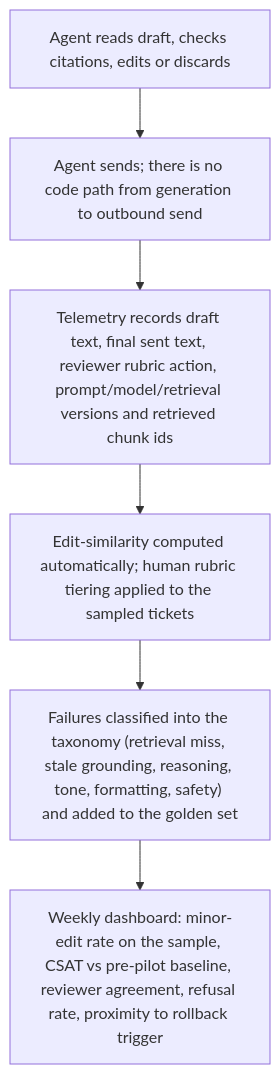
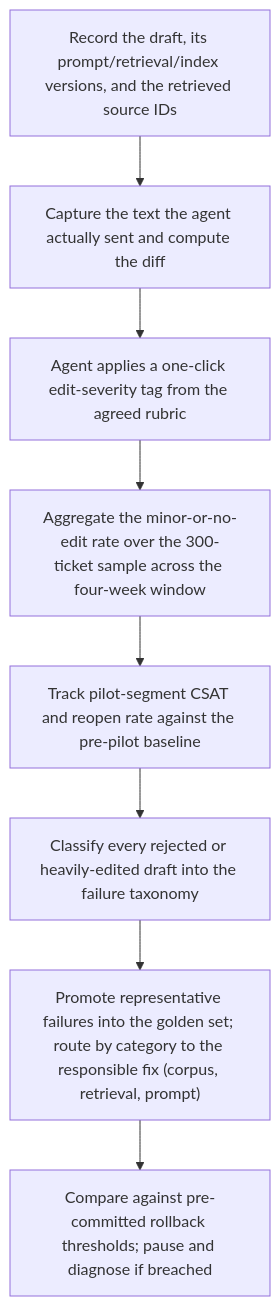
The third of 4 diagrams in docs/samples/support-ticket-deflection.md (shanelabountyai/use-case-studio), drawn with Mermaid before and after one commit. The commit also changed other lines of this file and 3 other files, not shown here.

````diff
--- a/docs/samples/support-ticket-deflection.md
+++ b/docs/samples/support-ticket-deflection.md
@@ -117,14 +123,18 @@
 ```mermaid
 flowchart TD
-  n2_0["Agent reads draft, checks citations, edits or discards"]
-  n2_1["Agent sends; there is no code path from generation to outbound send"]
-  n2_2["Telemetry records draft text, final sent text, reviewer rubric action, prompt/model/retrieval versions and retrieved chunk ids"]
-  n2_3["Edit-similarity computed automatically; human rubric tiering applied to the sampled tickets"]
-  n2_4["Failures classified into the taxonomy (retrieval miss, stale grounding, reasoning, tone, formatting, safety) and added to the golden set"]
-  n2_5["Weekly dashboard: minor-edit rate on the sample, CSAT vs pre-pilot baseline, reviewer agreement, refusal rate, proximity to rollback trigger"]
+  n2_0["Record the draft, its prompt/retrieval/index versions, and the retrieved source IDs"]
+  n2_1["Capture the text the agent actually sent and compute the diff"]
+  n2_2["Agent applies a one-click edit-severity tag from the agreed rubric"]
+  n2_3["Aggregate the minor-or-no-edit rate over the 300-ticket sample across the four-week window"]
+  n2_4["Track pilot-segment CSAT and reopen rate against the pre-pilot baseline"]
+  n2_5["Classify every rejected or heavily-edited draft into the failure taxonomy"]
+  n2_6["Promote representative failures into the golden set; route by category to the responsible fix (corpus, retrieval, prompt)"]
+  n2_7["Compare against pre-committed rollback thresholds; pause and diagnose if breached"]
   n2_0 --> n2_1
   n2_1 --> n2_2
   n2_2 --> n2_3
   n2_3 --> n2_4
   n2_4 --> n2_5
+  n2_5 --> n2_6
+  n2_6 --> n2_7
 ```
````
